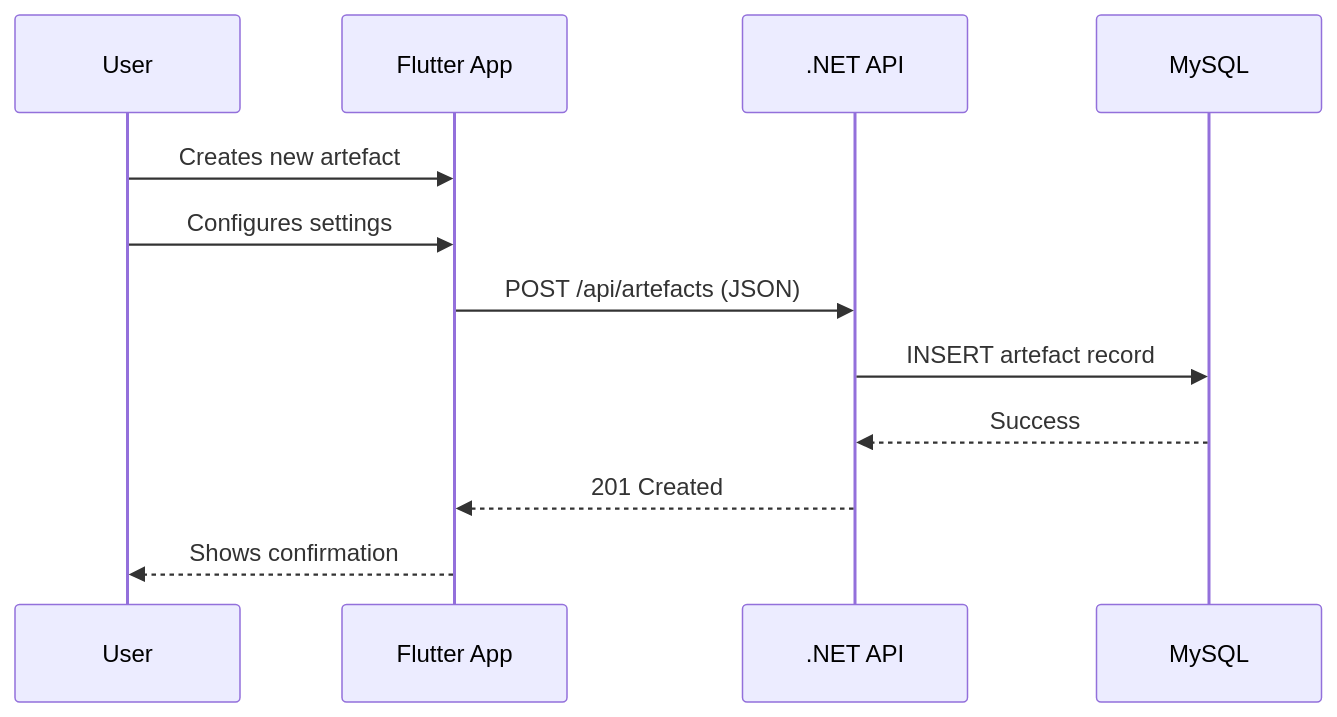
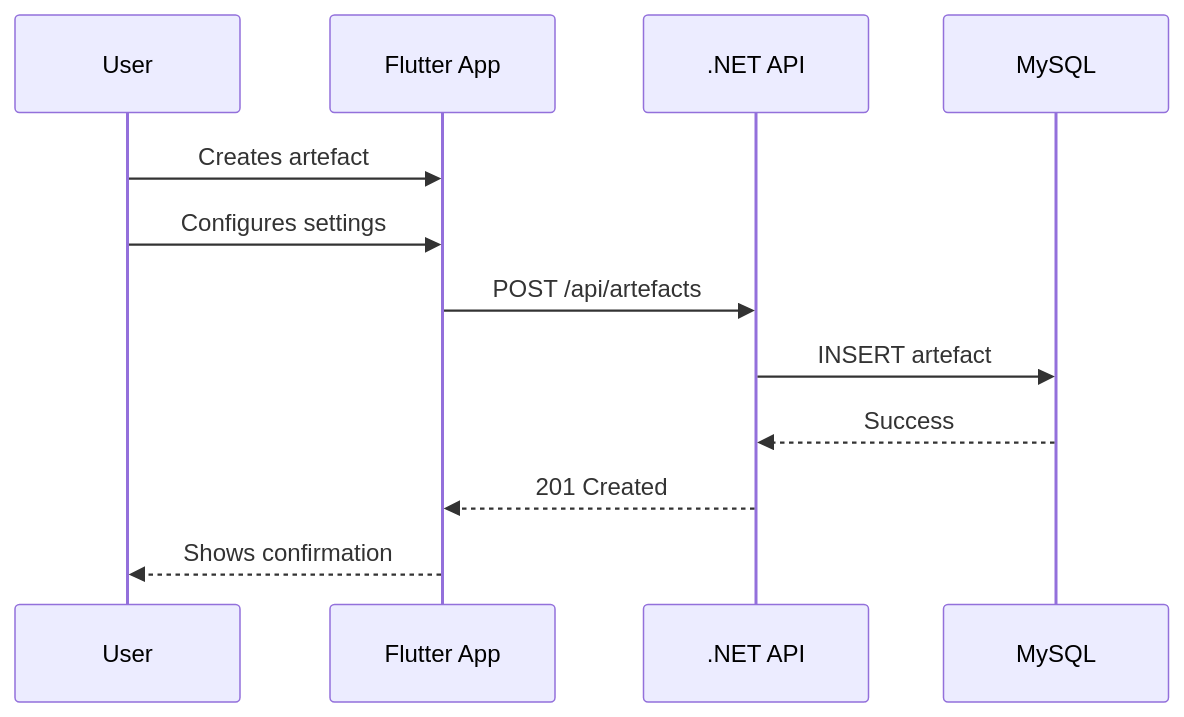
Before and after one commit to aau-giraf/wiki: the fifth of 5 diagrams in docs/Development/architecture.md, drawn with Mermaid. The commit also changed other lines of this file, not shown here.

Commit message:
Add equal VTA coverage to architecture overview

````diff
--- a/docs/Development/architecture.md
+++ b/docs/Development/architecture.md
@@ -106,15 +169,15 @@
 ```mermaid
 sequenceDiagram
     participant User
     participant Flutter as Flutter App
     participant API as .NET API
     participant DB as MySQL
 
-    User->>Flutter: Creates new artefact
+    User->>Flutter: Creates artefact
     User->>Flutter: Configures settings
-    Flutter->>API: POST /api/artefacts (JSON)
-    API->>DB: INSERT artefact record
+    Flutter->>API: POST /api/artefacts
+    API->>DB: INSERT artefact
     DB-->>API: Success
     API-->>Flutter: 201 Created
     Flutter-->>User: Shows confirmation
 ```
````
